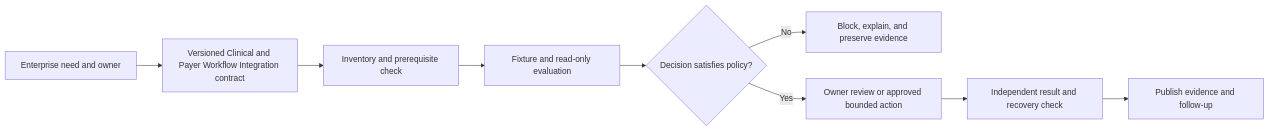
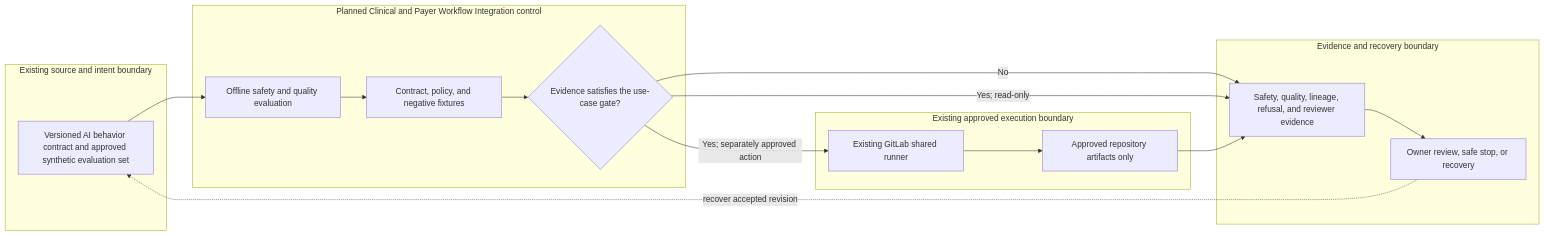
One commit to MIDHTECH/enterprise-architecture-docs changed the diagram in docs/use-cases/healthcare-ai/UC-AI-014-clinical-and-payer-workflow-integration.md. Above: the diagram before and after it, drawn with Mermaid. The commit also changed other lines of this file and 227 other files, not shown here.

Commit message:
Deepen architecture for all use case designs

````diff
--- a/docs/use-cases/healthcare-ai/UC-AI-014-clinical-and-payer-workflow-integration.md
+++ b/docs/use-cases/healthcare-ai/UC-AI-014-clinical-and-payer-workflow-integration.md
@@ -136,11 +129,25 @@
 ```mermaid
 flowchart LR
-    Need["Enterprise need and owner"] --> Contract["Versioned Clinical and Payer Workflow Integration contract"]
-    Contract --> Preflight["Inventory and prerequisite check"]
-    Preflight --> Evaluate["Fixture and read-only evaluation"]
-    Evaluate --> Decision{"Decision satisfies policy?"}
-    Decision -->|No| Stop["Block, explain, and preserve evidence"]
-    Decision -->|Yes| Review["Owner review or approved bounded action"]
-    Review --> Verify["Independent result and recovery check"]
-    Verify --> Publish["Publish evidence and follow-up"]
+    subgraph Source["Existing source and intent boundary"]
+        A["Versioned AI behavior contract and approved synthetic evaluation set"]
+    end
+    subgraph Planned["Planned Clinical and Payer Workflow Integration control"]
+        B["Offline safety and quality evaluation"]
+        C["Contract, policy, and negative fixtures"]
+        D{"Evidence satisfies the use-case gate?"}
+    end
+    subgraph Runtime["Existing approved execution boundary"]
+        E["Existing GitLab shared runner"]
+        F["Approved repository artifacts only"]
+    end
+    subgraph Assurance["Evidence and recovery boundary"]
+        G["Safety, quality, lineage, refusal, and reviewer evidence"]
+        H["Owner review, safe stop, or recovery"]
+    end
+
+    A --> B --> C --> D
+    D -->|No| G --> H
+    D -->|Yes; read-only| G
+    D -->|Yes; separately approved action| E --> F --> G
+    H -. recover accepted revision .-> A
 ```
````
